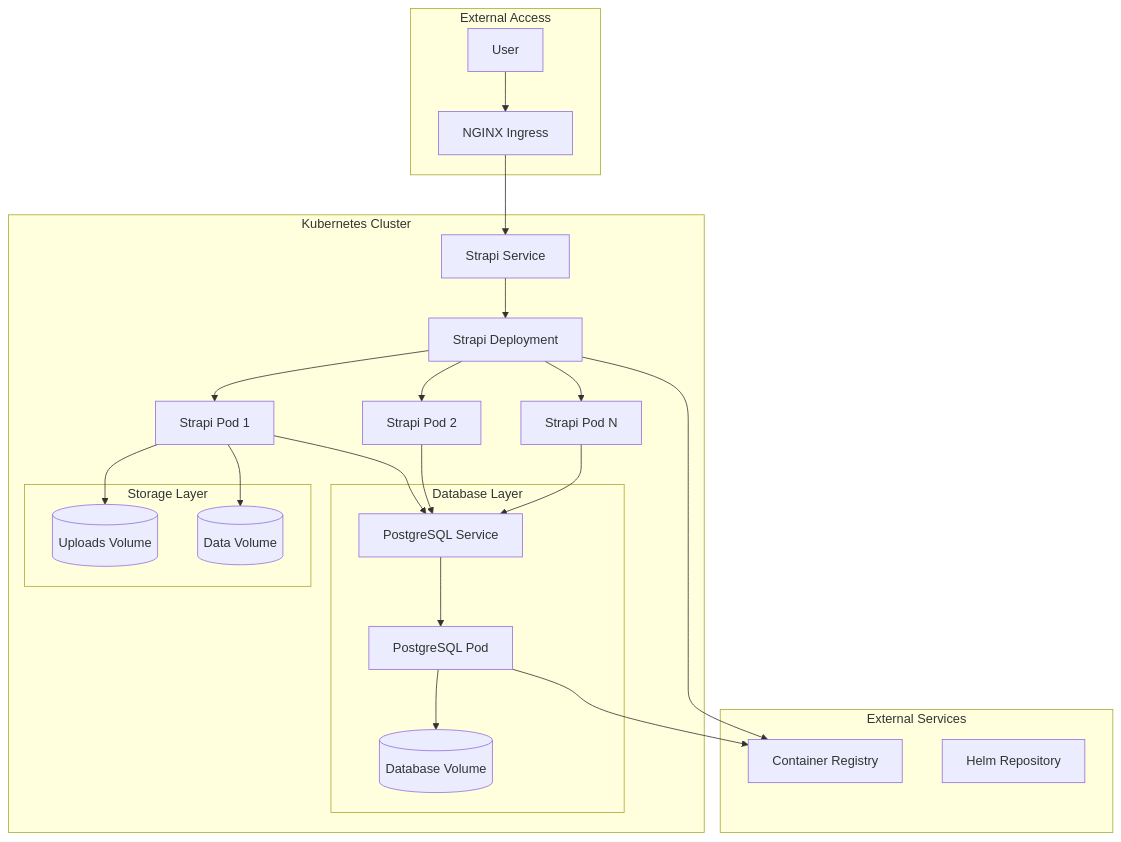
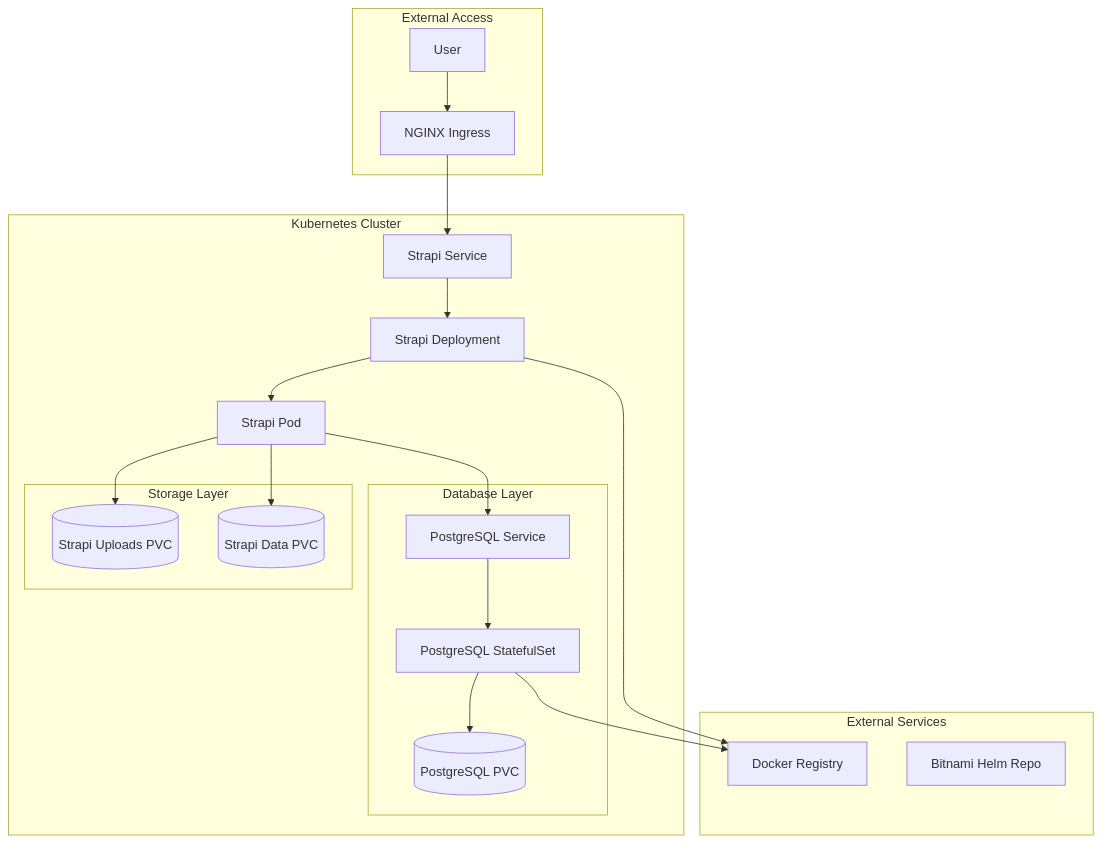
One commit to onesilq/silq-strapi changed the first of 4 diagrams in KUBERNETES_DEPLOYMENT_GUIDE.md. Above: the diagram before and after it, drawn with Mermaid. The commit also changed other lines of this file and 3 other files, not shown here.

````diff
--- a/KUBERNETES_DEPLOYMENT_GUIDE.md
+++ b/KUBERNETES_DEPLOYMENT_GUIDE.md
@@ -204,40 +206,35 @@
 ```mermaid
 graph TB
     subgraph "External Access"
         U[User] --> I[NGINX Ingress]
     end
     
     subgraph "Kubernetes Cluster"
         I --> S[Strapi Service]
         S --> D[Strapi Deployment]
-        D --> P1[Strapi Pod 1]
-        D --> P2[Strapi Pod 2]
-        D --> P3[Strapi Pod N]
+        D --> P1[Strapi Pod]
         
         subgraph "Database Layer"
             DB[PostgreSQL Service]
-            DB --> DBP[PostgreSQL Pod]
-            DBP --> DBV[(Database Volume)]
+            DB --> DBP[PostgreSQL StatefulSet]
+            DBP --> DBV[(PostgreSQL PVC)]
         end
         
         subgraph "Storage Layer"
-            PV1[(Uploads Volume)]
-            PV2[(Data Volume)]
+            PV1[(Strapi Uploads PVC)]
+            PV2[(Strapi Data PVC)]
         end
         
         P1 --> DB
-        P2 --> DB
-        P3 --> DB
-        
         P1 --> PV1
         P1 --> PV2
     end
     
     subgraph "External Services"
-        R[Container Registry]
-        H[Helm Repository]
+        R[Docker Registry]
+        H[Bitnami Helm Repo]
     end
     
     D --> R
     DBP --> R
 ```
````
